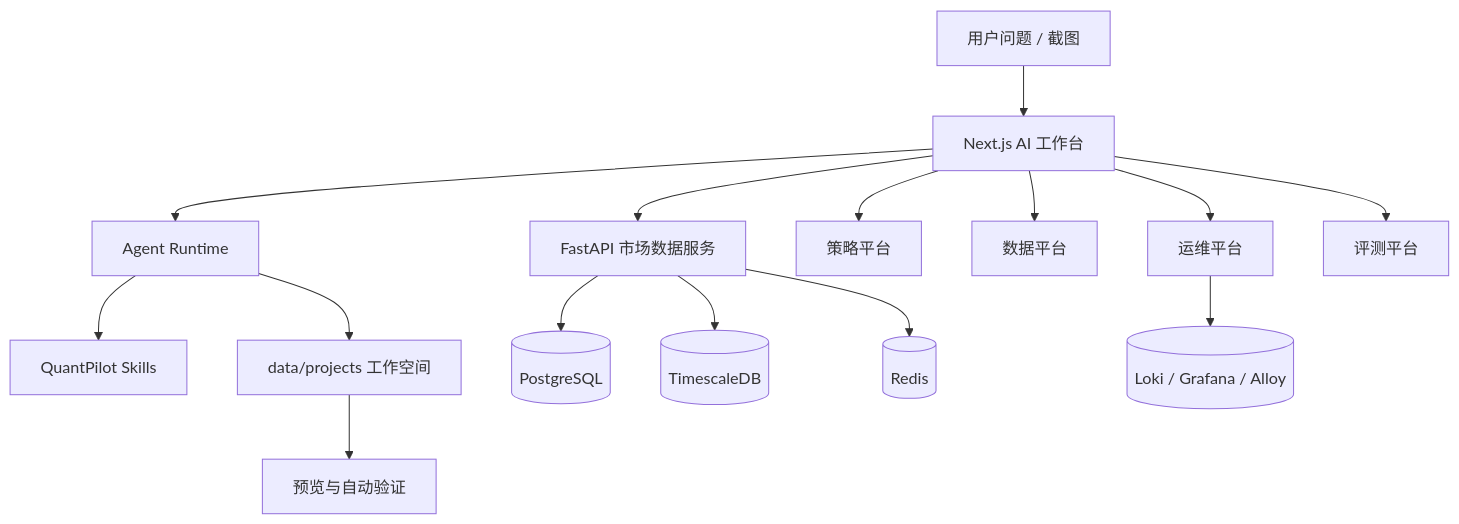
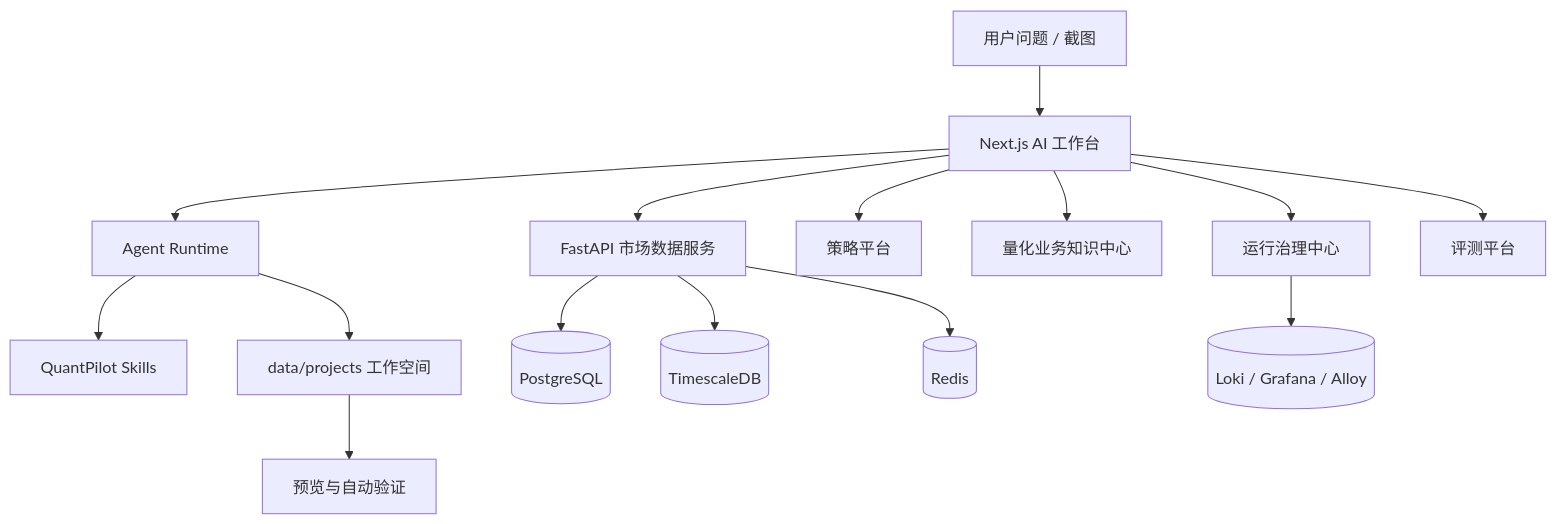
The diagram in docs/README.md (xbzz1018/SignalForge), drawn with Mermaid before and after one commit. The commit also changed other lines of this file and 26 other files, not shown here.

````diff
--- a/docs/README.md
+++ b/docs/README.md
@@ -60,17 +60,17 @@
 ```mermaid
 flowchart TB
   U[用户问题 / 截图] --> W[Next.js AI 工作台]
   W --> R[Agent Runtime]
   R --> SK[QuantPilot Skills]
   W --> MD[FastAPI 市场数据服务]
   MD --> PG[(PostgreSQL)]
   MD --> TS[(TimescaleDB)]
   MD --> RD[(Redis)]
   OP --> LK[(Loki / Grafana / Alloy)]
   R --> WS[data/projects 工作空间]
   WS --> V[预览与自动验证]
   W --> SP[策略平台]
-  W --> DP[数据平台]
-  W --> OP[运维平台]
+  W --> DP[量化业务知识中心]
+  W --> OP[运行治理中心]
   W --> EP[评测平台]
 ```
````
